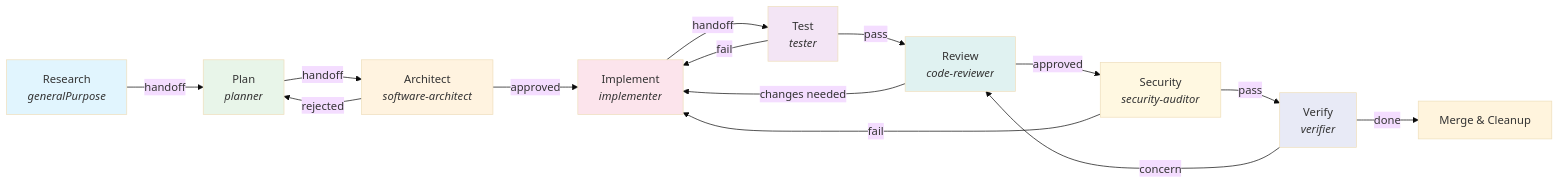
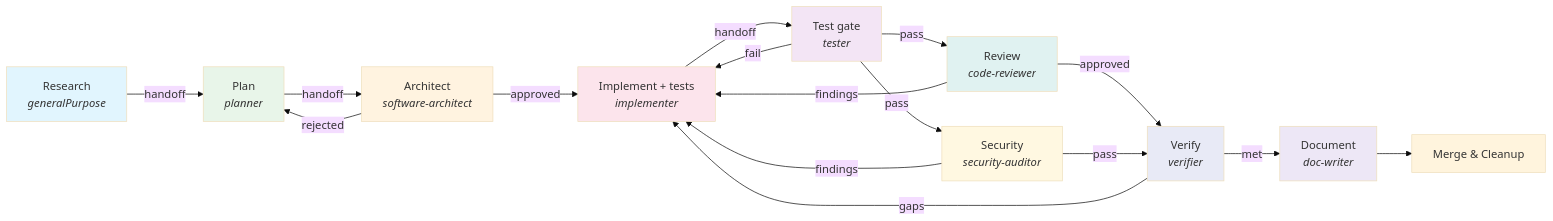
One commit to wildbitca/ai-resources changed the second of 13 diagrams in docs/orchestration.md. Above: the diagram before and after it, drawn with Mermaid (base theme). The commit also changed other lines of this file and 27 other files, not shown here.

````diff
--- a/docs/orchestration.md
+++ b/docs/orchestration.md
@@ -65,25 +65,28 @@
 ```mermaid
 graph LR
     R[Research<br/><i>generalPurpose</i>] -->|handoff| PL[Plan<br/><i>planner</i>]
     PL -->|handoff| AR[Architect<br/><i>software-architect</i>]
-    AR -->|approved| IM[Implement<br/><i>implementer</i>]
+    AR -->|approved| IM[Implement + tests<br/><i>implementer</i>]
     AR -->|rejected| PL
-    IM -->|handoff| TE[Test<br/><i>tester</i>]
+    IM -->|handoff| TE[Test gate<br/><i>tester</i>]
+    TE -->|fail| IM
     TE -->|pass| RE[Review<br/><i>code-reviewer</i>]
-    TE -->|fail| IM
-    RE -->|approved| SE[Security<br/><i>security-auditor</i>]
-    RE -->|changes needed| IM
-    SE -->|pass| VE[Verify<br/><i>verifier</i>]
-    SE -->|fail| IM
-    VE -->|concern| RE
-    VE -->|done| DONE[Merge & Cleanup]
+    TE -->|pass| SE[Security<br/><i>security-auditor</i>]
+    RE -->|findings| IM
+    SE -->|findings| IM
+    RE -->|approved| VE[Verify<br/><i>verifier</i>]
+    SE -->|pass| VE
+    VE -->|gaps| IM
+    VE -->|met| DOC[Document<br/><i>doc-writer</i>]
+    DOC --> DONE[Merge & Cleanup]
 
     style R fill:#e1f5fe
     style PL fill:#e8f5e9
     style AR fill:#fff3e0
     style IM fill:#fce4ec
     style TE fill:#f3e5f5
     style RE fill:#e0f2f1
     style SE fill:#fff8e1
     style VE fill:#e8eaf6
+    style DOC fill:#ede7f6
 ```
````
